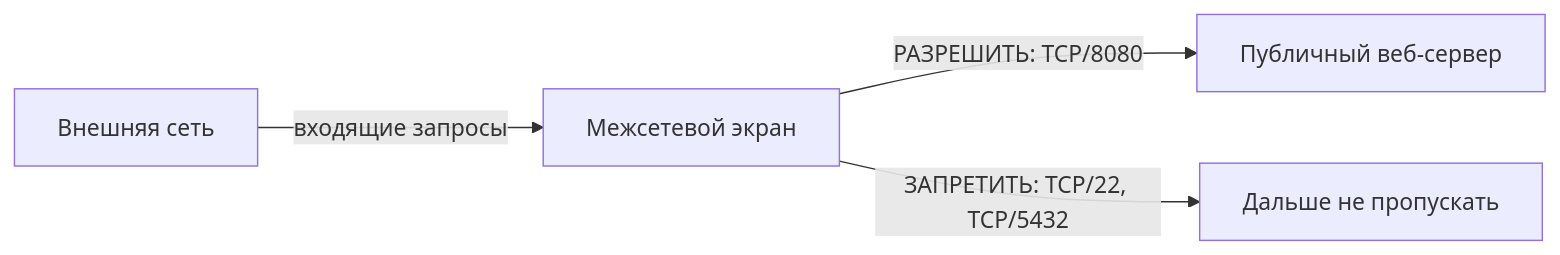
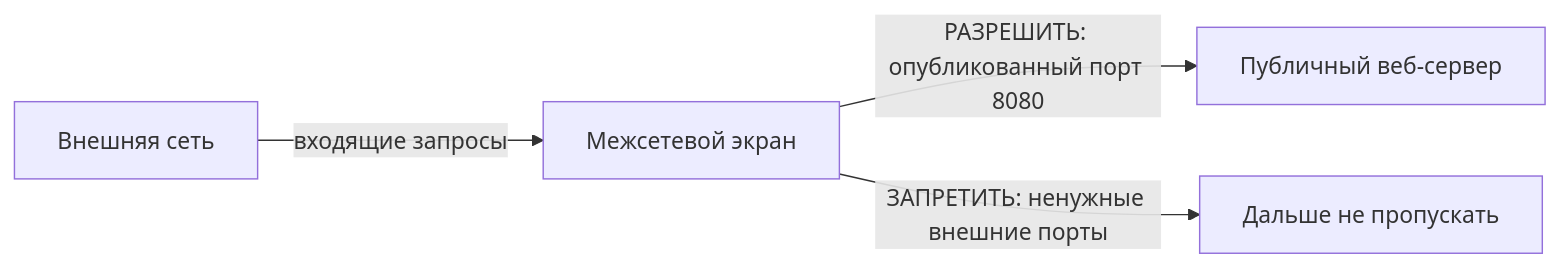
The first of 4 diagrams in docs/course/01-intro.md (11ndra/spvo), drawn with Mermaid before and after one commit. The commit also changed other lines of this file and 16 other files, not shown here.

````diff
--- a/docs/course/01-intro.md
+++ b/docs/course/01-intro.md
@@ -20,6 +22,6 @@
 ```mermaid
 flowchart LR
     I[Внешняя сеть] -->|входящие запросы| F[Межсетевой экран]
-    F -->|РАЗРЕШИТЬ: TCP/8080| W[Публичный веб-сервер]
-    F -->|ЗАПРЕТИТЬ: TCP/22, TCP/5432| B[Дальше не пропускать]
+    F -->|РАЗРЕШИТЬ: опубликованный порт 8080| W[Публичный веб-сервер]
+    F -->|ЗАПРЕТИТЬ: ненужные внешние порты| B[Дальше не пропускать]
 ```
````
